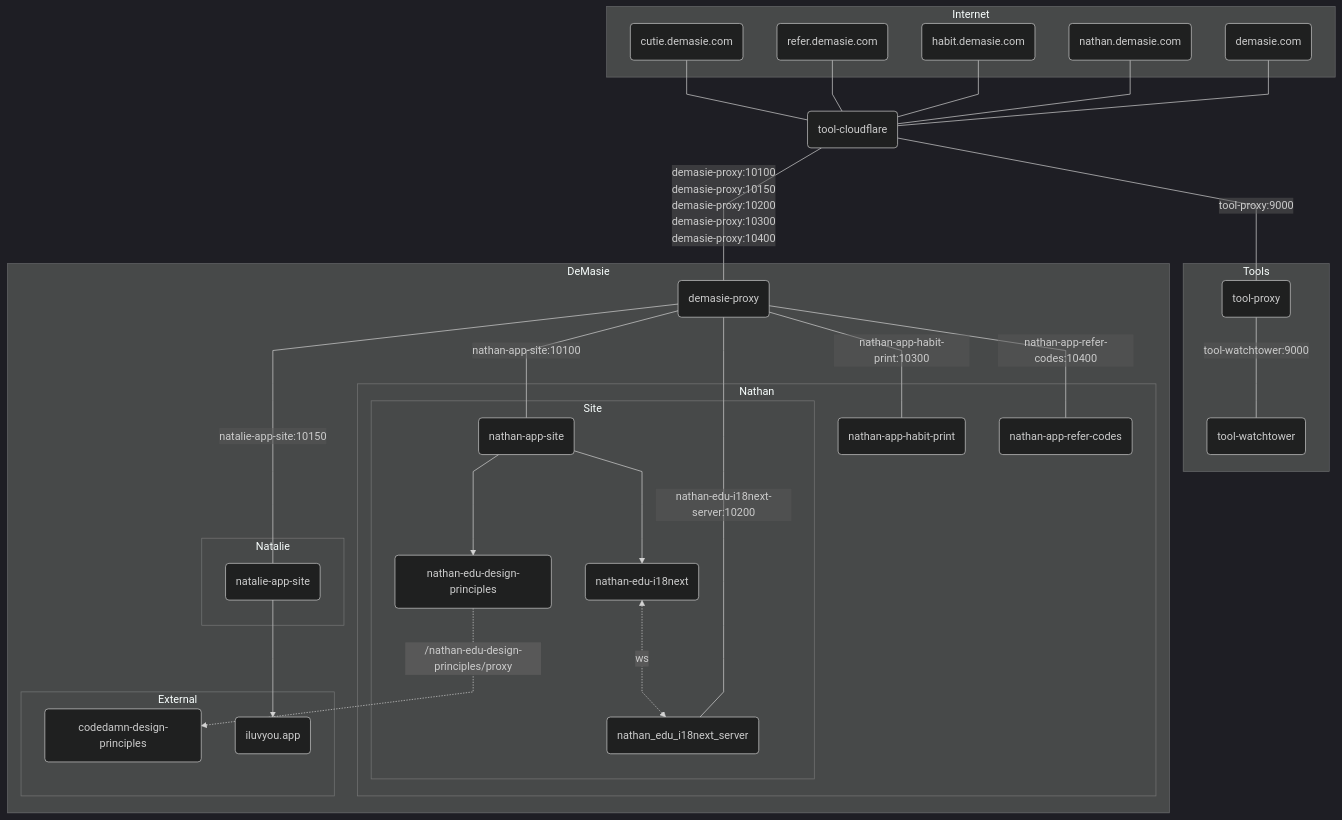
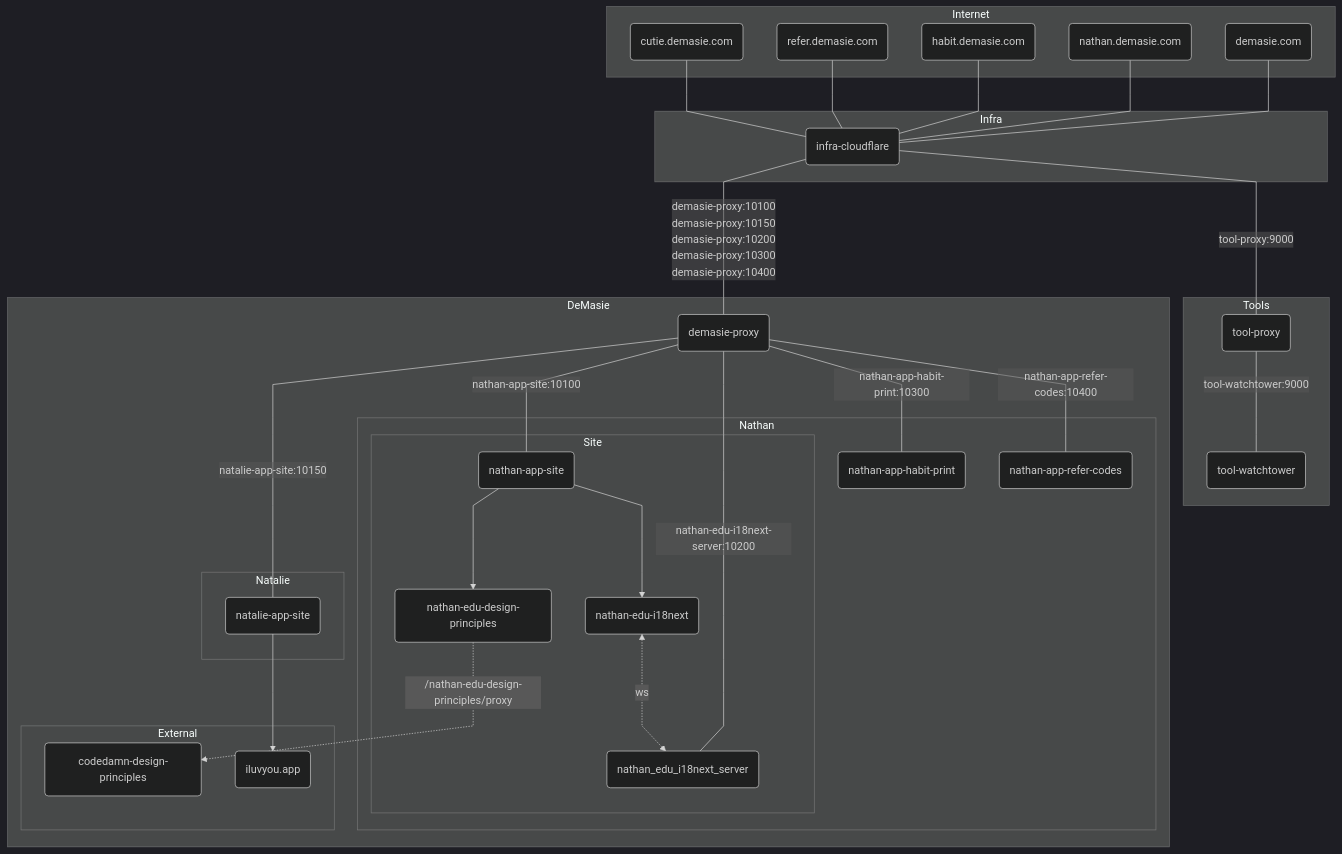
One commit to ndemasie/demasie.com changed the diagram in README.md. Above: the diagram before and after it, drawn with Mermaid. The commit also changed 4 other files, not shown here.

```diff
--- a/README.md
+++ b/README.md
@@ -30,7 +30,9 @@
     domain_cutie("cutie.demasie.com")
   end
 
-  tool_cloudflare(tool-cloudflare)
+  subgraph Infra
+    infra_cloudflare(infra-cloudflare)
+  end
 
   subgraph Tools
     tool_proxy(tool-proxy)
@@ -64,14 +66,14 @@
   end
 
   %% Flow
-  domain --- tool_cloudflare
-  domain_nathan --- tool_cloudflare
-  domain_habit --- tool_cloudflare
-  domain_refer --- tool_cloudflare
-  domain_cutie --- tool_cloudflare
+  domain --- infra_cloudflare
+  domain_nathan --- infra_cloudflare
+  domain_habit --- infra_cloudflare
+  domain_refer --- infra_cloudflare
+  domain_cutie --- infra_cloudflare
 
-  tool_cloudflare ---|<div>demasie-proxy:10100</br>demasie-proxy:10150</br>demasie-proxy:10200</br>demasie-proxy:10300</br>demasie-proxy:10400</br></div>| demasie_proxy
-  tool_cloudflare ---|<div>tool-proxy:9000</div>| tool_proxy
+  infra_cloudflare ---|<div>demasie-proxy:10100</br>demasie-proxy:10150</br>demasie-proxy:10200</br>demasie-proxy:10300</br>demasie-proxy:10400</br></div>| demasie_proxy
+  infra_cloudflare ---|<div>tool-proxy:9000</div>| tool_proxy
 
   demasie_proxy ---|<div>nathan-app-site:10100</div>| nathan_app_site
   demasie_proxy ---|<div>natalie-app-site:10150</div>| natalie_app_site
```
